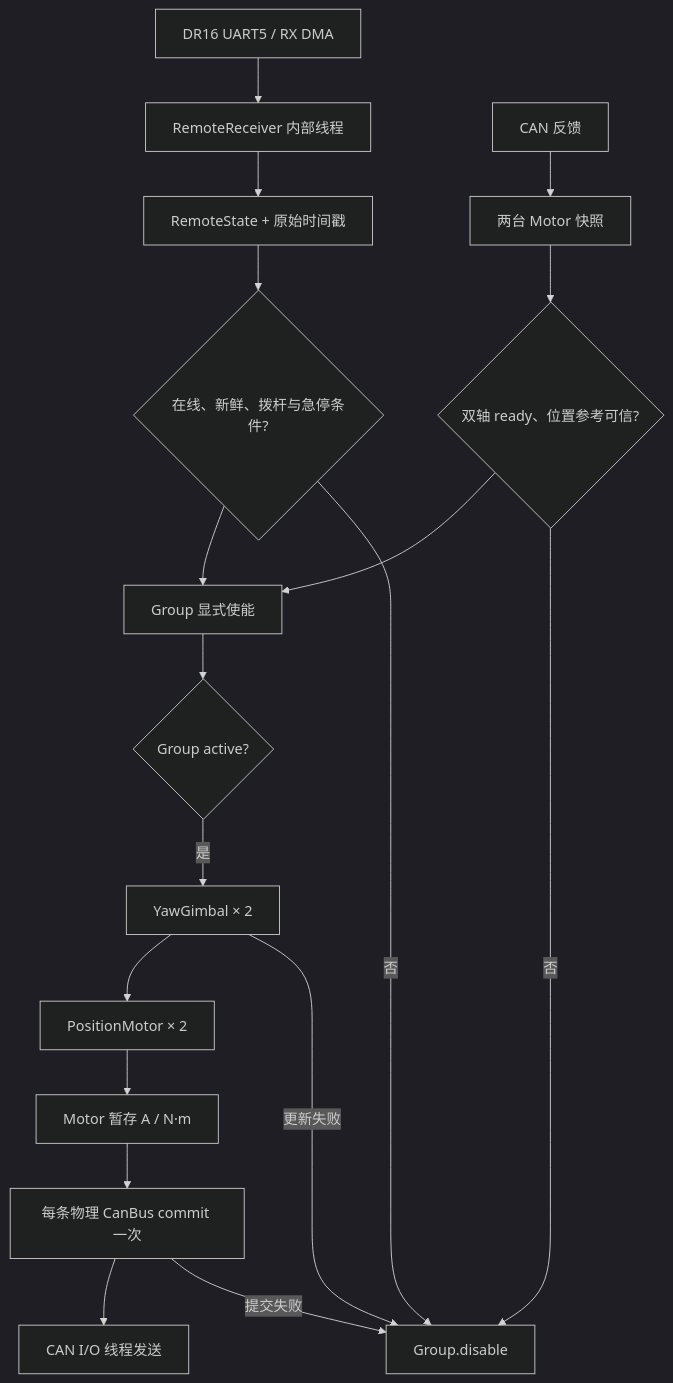
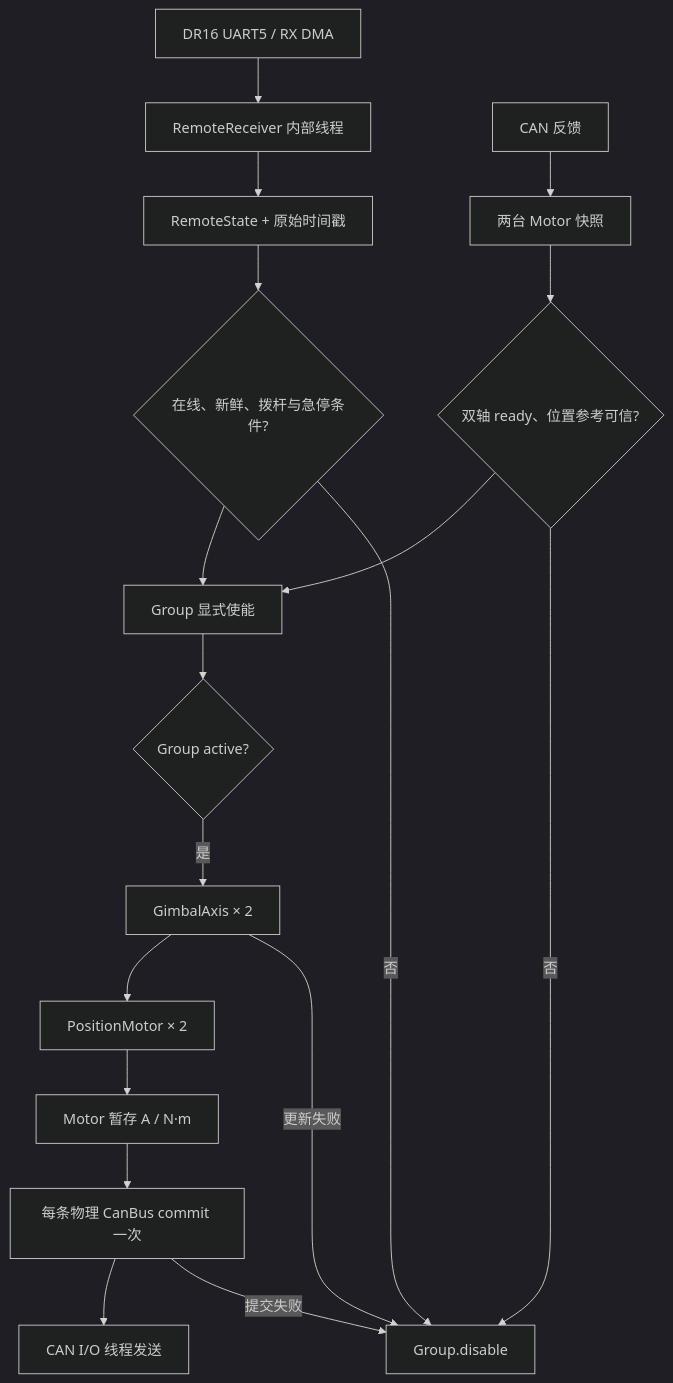
The first of 2 diagrams in docs/module-integration.md (SHM-white/SkyWalker_General_Embedded_Code), drawn with Mermaid (dark theme) before and after one commit. The commit also changed other lines of this file and 24 other files, not shown here.

First line of the commit message:
Add GimbalAxis class for controlling gimbal motors

````diff
--- a/docs/module-integration.md
+++ b/docs/module-integration.md
@@ -20,20 +20,20 @@
 ```mermaid
 flowchart TD
     RC[DR16 UART5 / RX DMA] --> Receiver[RemoteReceiver 内部线程]
     Receiver --> Snapshot[RemoteState + 原始时间戳]
     Snapshot --> Gate{在线、新鲜、拨杆与急停条件?}
     CANRX[CAN 反馈] --> Motor[两台 Motor 快照]
     Motor --> Ready{双轴 ready、位置参考可信?}
     Gate --> Arm[Group 显式使能]
     Ready --> Arm
     Arm --> Active{Group active?}
-    Active -->|是| Axis[YawGimbal × 2]
+    Active -->|是| Axis[GimbalAxis × 2]
     Axis --> PID[PositionMotor × 2]
     PID --> Stage[Motor 暂存 A / N·m]
     Stage --> Commit[每条物理 CanBus commit 一次]
     Commit --> IO[CAN I/O 线程发送]
     Gate -->|否| Stop[Group.disable]
     Ready -->|否| Stop
     Axis -->|更新失败| Stop
     Commit -->|提交失败| Stop
 ```
````
